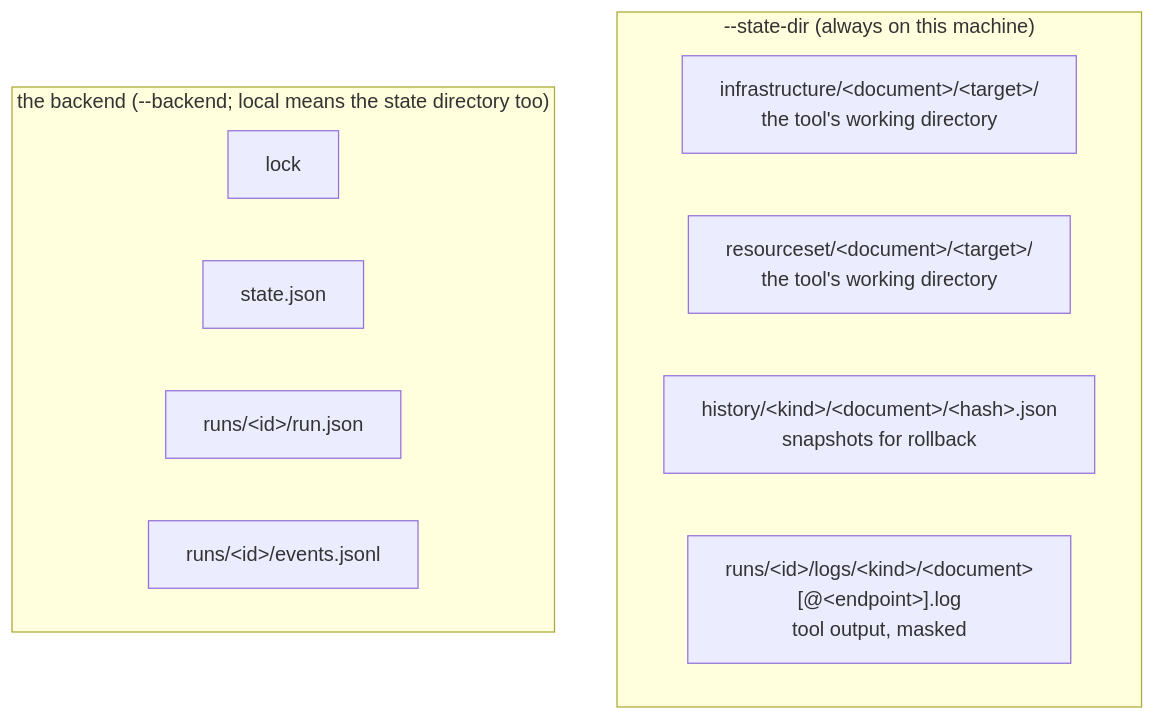
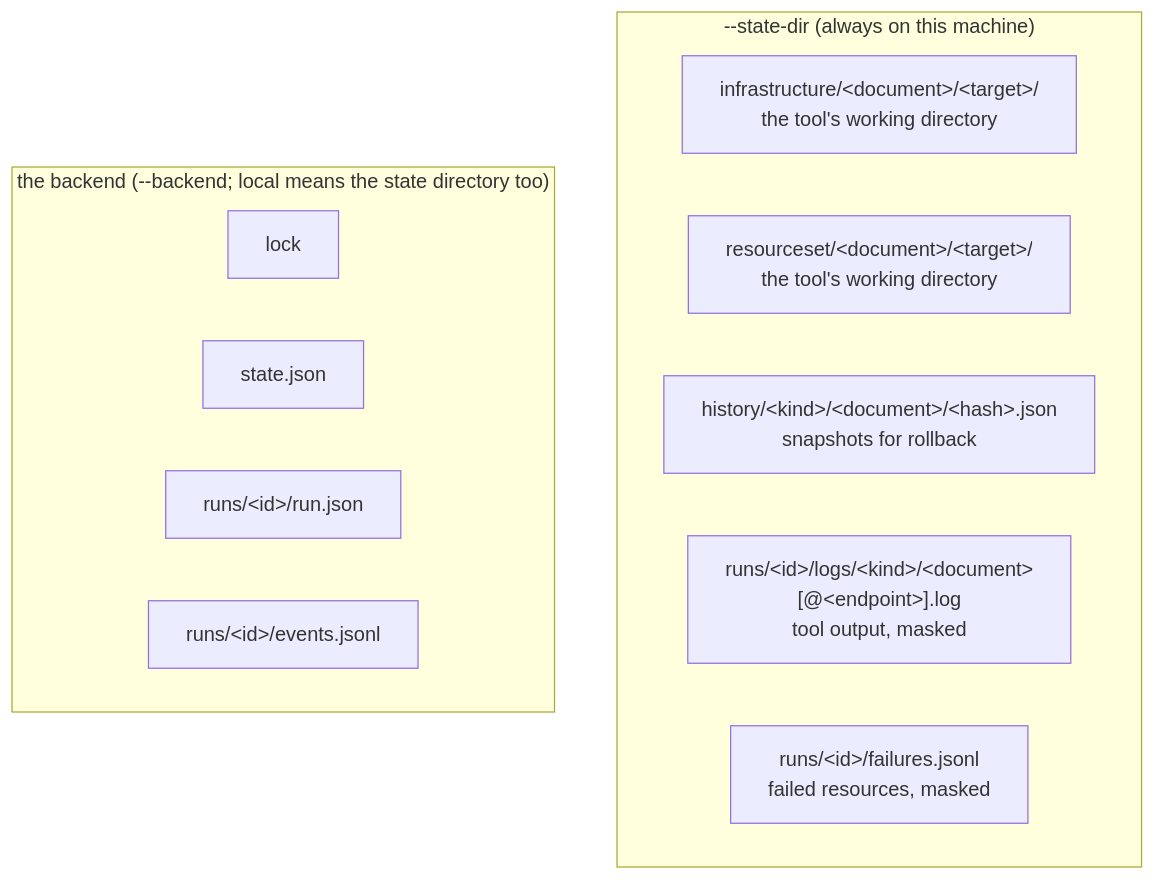
The first of 2 diagrams in docs/reference/state.md (ZanattaMichael/meridian-core), drawn with Mermaid before and after one commit. The commit also changed other lines of this file and 44 other files, not shown here.

````diff
--- a/docs/reference/state.md
+++ b/docs/reference/state.md
@@ -7,15 +7,16 @@
 ```mermaid
 flowchart TB
     subgraph SD["--state-dir (always on this machine)"]
         W1["infrastructure/&lt;document&gt;/&lt;target&gt;/<br/>the tool's working directory"]
         W2["resourceset/&lt;document&gt;/&lt;target&gt;/<br/>the tool's working directory"]
         H["history/&lt;kind&gt;/&lt;document&gt;/&lt;hash&gt;.json<br/>snapshots for rollback"]
         G["runs/&lt;id&gt;/logs/&lt;kind&gt;/&lt;document&gt;[@&lt;endpoint&gt;].log<br/>tool output, masked"]
+        F["runs/&lt;id&gt;/failures.jsonl<br/>failed resources, masked"]
     end
     subgraph BE["the backend (--backend; local means the state directory too)"]
         L["lock"]
         S["state.json"]
         R["runs/&lt;id&gt;/run.json"]
         E["runs/&lt;id&gt;/events.jsonl"]
     end
 ```
````
